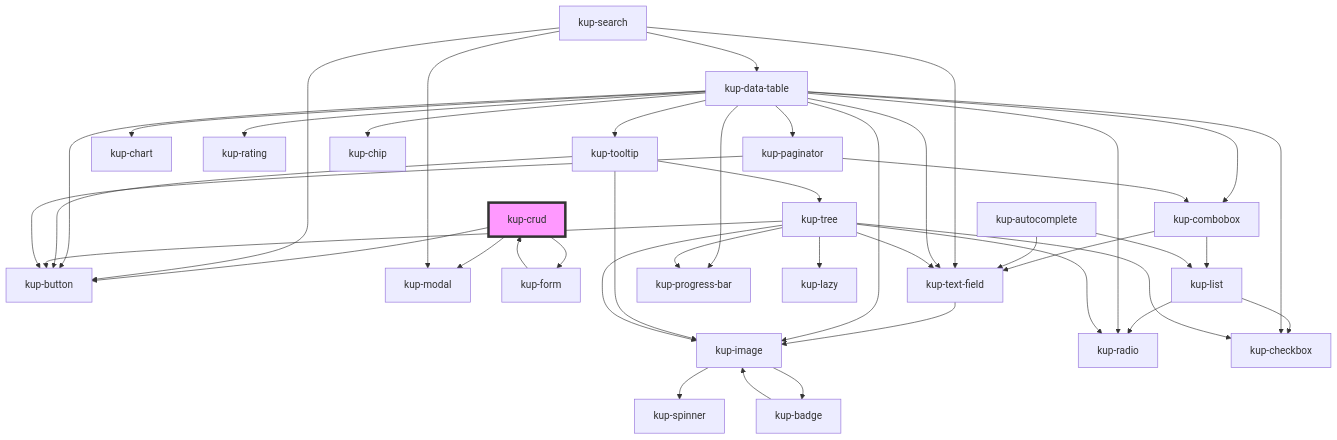
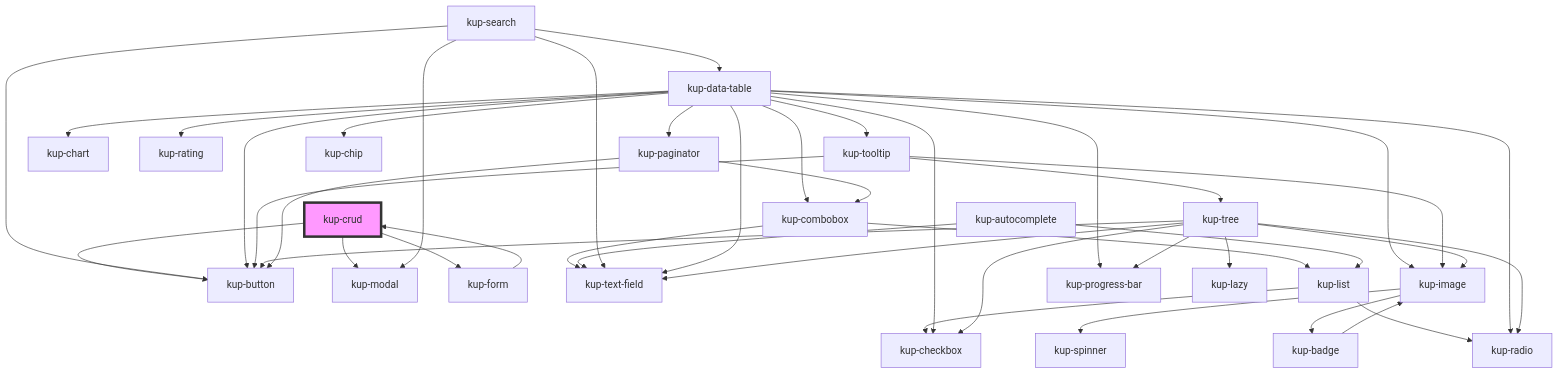
One commit to smeup/ketchup changed the diagram in packages/ketchup/src/components/kup-crud/readme.md. Above: the diagram before and after it, drawn with Mermaid. The commit also changed 13 other files, not shown here.

Commit message:
Replaced kup image with embedded image in text field.

````diff
--- a/packages/ketchup/src/components/kup-crud/readme.md
+++ b/packages/ketchup/src/components/kup-crud/readme.md
@@ -72,46 +72,45 @@
 ```mermaid
 graph TD;
   kup-crud --> kup-button
   kup-crud --> kup-modal
   kup-crud --> kup-form
   kup-form --> kup-crud
   kup-combobox --> kup-text-field
   kup-combobox --> kup-list
-  kup-text-field --> kup-image
-  kup-image --> kup-spinner
-  kup-image --> kup-badge
-  kup-badge --> kup-image
   kup-list --> kup-radio
   kup-list --> kup-checkbox
   kup-autocomplete --> kup-text-field
   kup-autocomplete --> kup-list
   kup-search --> kup-text-field
   kup-search --> kup-button
   kup-search --> kup-modal
   kup-search --> kup-data-table
   kup-data-table --> kup-checkbox
   kup-data-table --> kup-button
   kup-data-table --> kup-text-field
   kup-data-table --> kup-tooltip
   kup-data-table --> kup-image
   kup-data-table --> kup-chart
   kup-data-table --> kup-progress-bar
   kup-data-table --> kup-rating
   kup-data-table --> kup-radio
   kup-data-table --> kup-paginator
   kup-data-table --> kup-combobox
   kup-data-table --> kup-chip
   kup-tooltip --> kup-button
   kup-tooltip --> kup-image
   kup-tooltip --> kup-tree
+  kup-image --> kup-spinner
+  kup-image --> kup-badge
+  kup-badge --> kup-image
   kup-tree --> kup-lazy
   kup-tree --> kup-button
   kup-tree --> kup-checkbox
   kup-tree --> kup-image
   kup-tree --> kup-progress-bar
   kup-tree --> kup-radio
   kup-tree --> kup-text-field
   kup-paginator --> kup-button
   kup-paginator --> kup-combobox
   style kup-crud fill:#f9f,stroke:#333,stroke-width:4px
 ```
````
